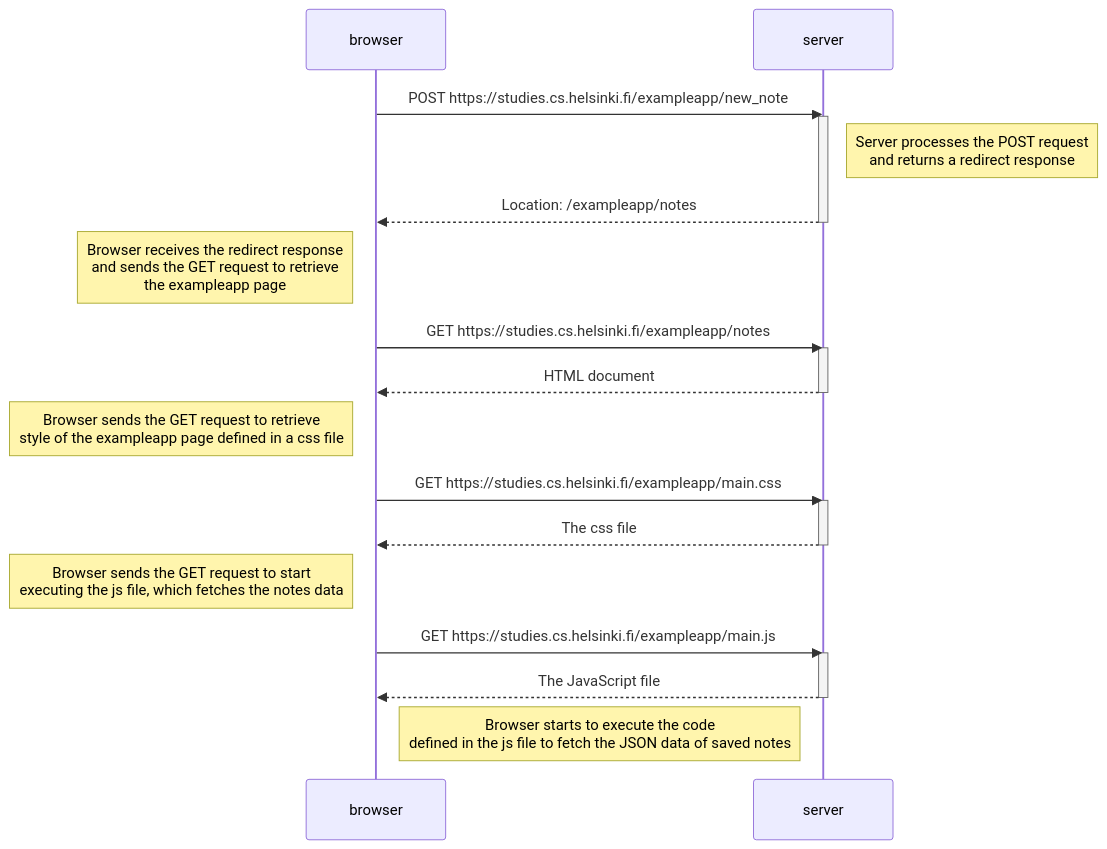
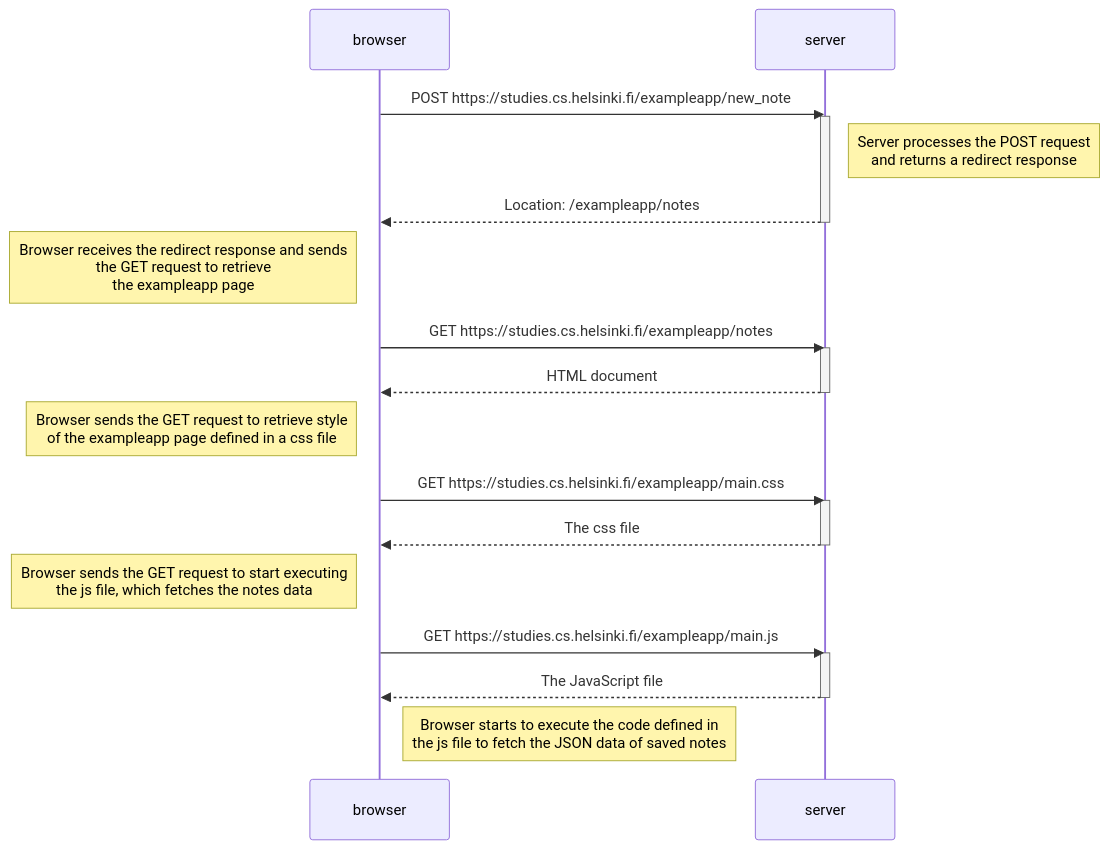
Before and after one commit to oskarioksanen/fullstack_open_palautusrepo: the diagram in osa0/uusi_muistiinpano_kaavio.md, drawn with Mermaid. The commit also changed other lines of this file, not shown here.

````diff
--- a/osa0/uusi_muistiinpano_kaavio.md
+++ b/osa0/uusi_muistiinpano_kaavio.md
@@ -17,33 +3,33 @@
 ```mermaid
 sequenceDiagram
     participant browser
     participant server
 
     browser->>server: POST https://studies.cs.helsinki.fi/exampleapp/new_note
     activate server
 
     Note right of server: Server processes the POST request<br/>and returns a redirect response
 
     server-->>browser: Location: /exampleapp/notes
     deactivate server
     
-    Note left of browser: Browser receives the redirect response<br/>and sends the GET request to retrieve<br/>the exampleapp page
+    Note left of browser: Browser receives the redirect response and sends<br/>the GET request to retrieve<br/>the exampleapp page
     browser->>server: GET https://studies.cs.helsinki.fi/exampleapp/notes
     activate server
     server-->>browser: HTML document
     deactivate server
 
-    Note left of browser: Browser sends the GET request to retrieve<br/>style of the exampleapp page defined in a css file
+    Note left of browser: Browser sends the GET request to retrieve style<br/>of the exampleapp page defined in a css file
     browser->>server: GET https://studies.cs.helsinki.fi/exampleapp/main.css
     activate server
     server-->>browser: The css file
     deactivate server
 
-    Note left of browser: Browser sends the GET request to start<br/>executing the js file, which fetches the notes data
+    Note left of browser: Browser sends the GET request to start executing<br/>the js file, which fetches the notes data
     browser->>server: GET https://studies.cs.helsinki.fi/exampleapp/main.js
     activate server
     server-->>browser: The JavaScript file
     deactivate server
-    Note right of browser: Browser starts to execute the code<br/>defined in the js file to fetch the JSON data of saved notes
+    Note right of browser: Browser starts to execute the code defined in<br/>the js file to fetch the JSON data of saved notes
 
 ```
````
